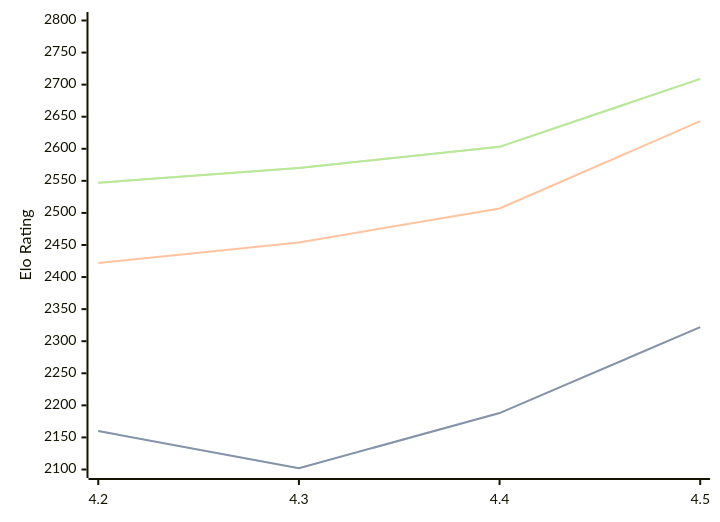
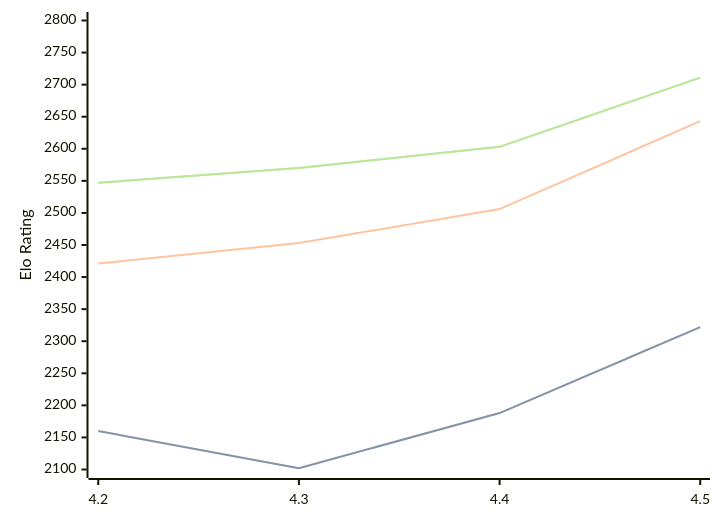
The diagram in engines/Eubos.md (computer-chess-index/cci), drawn with Mermaid before and after one commit. The commit also changed other lines of this file, not shown here.

Commit message:
Update CCI Ratings (ELO VLTC) - 2026-09-11

````diff
--- a/engines/Eubos.md
+++ b/engines/Eubos.md
@@ -34,11 +34,11 @@
 ```mermaid
 %%{init: {"theme":"base","themeVariables":{"seriesColors:['#a3a3a3','#222221','#faa371']}}}%%
 xychart-beta
   x-axis ["4.2", "4.3", "4.4", "4.5"]
   y-axis "Elo Rating" 2100 --> 2800
   line "" [2160, 2102, 2188, 2322]
   line "STC (8.0+0.08s)" [2160, 2102, 2188, 2322]
-  line "LTC (60.0+0.60s)" [2422, 2454, 2507, 2643]
-  line "" [2547, 2570, 2603, 2709]
-  line "VLTC (2m24s+1.12s)" [2547, 2570, 2603, 2709]
+  line "LTC (60.0+0.60s)" [2421, 2453, 2506, 2643]
+  line "" [2547, 2570, 2603, 2711]
+  line "VLTC (2m24s+1.12s)" [2547, 2570, 2603, 2711]
 ```
````
